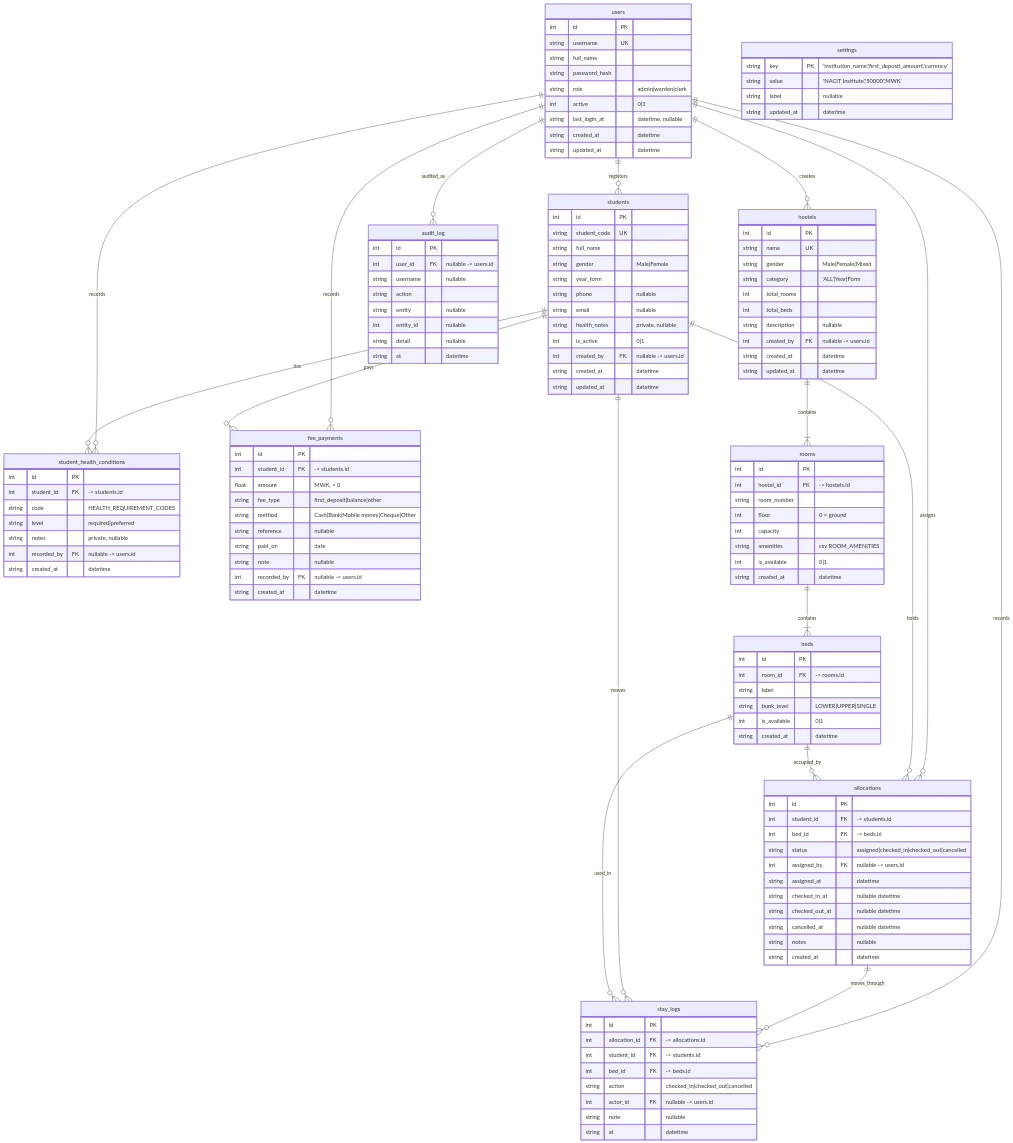
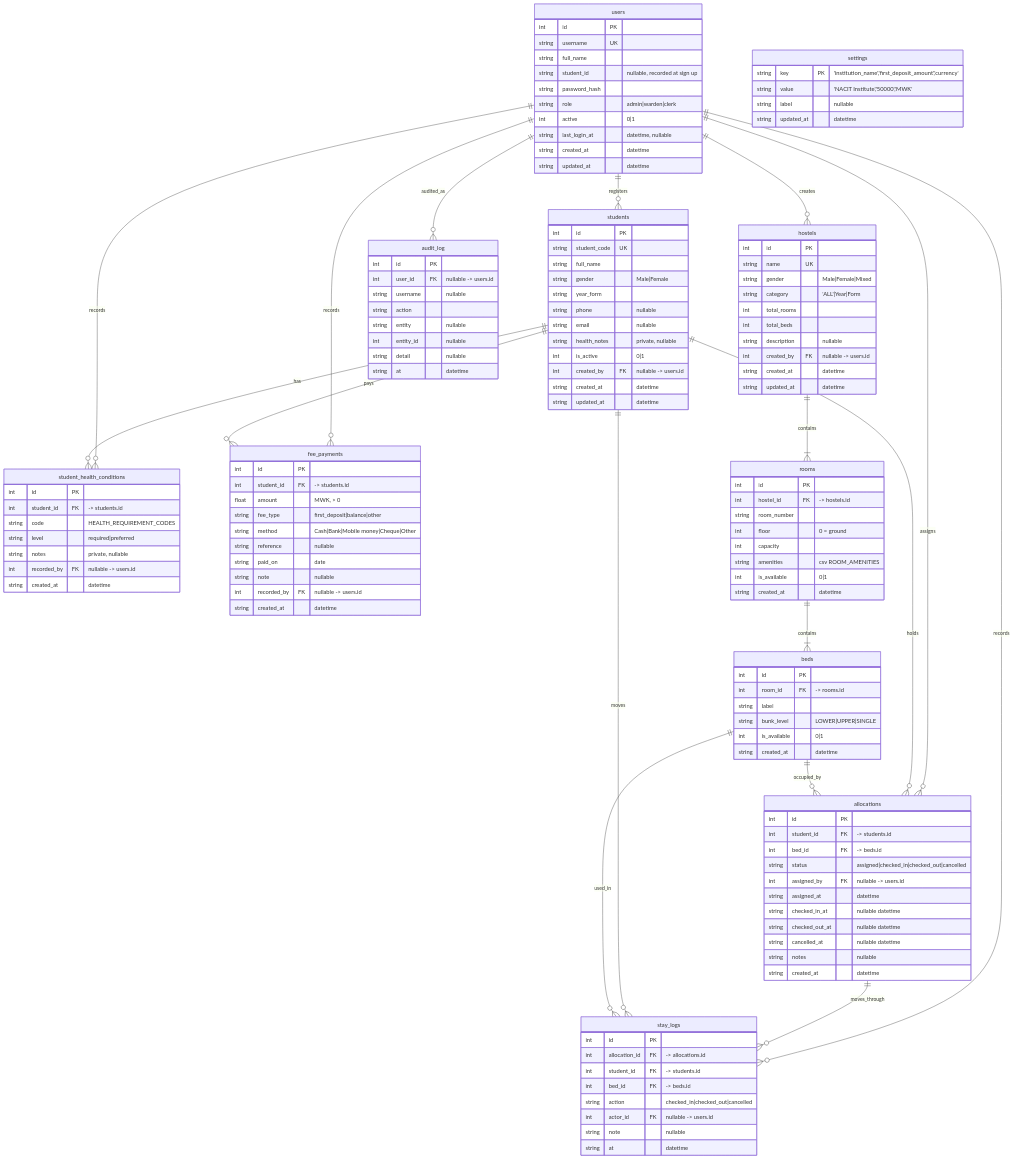
The first of 2 diagrams in README.md (NACIT-PC/hostel-management), drawn with Mermaid before and after one commit. The commit also changed other lines of this file and 2 other files, not shown here.

Commit message:
Update README with student ID details and add class and ER diagrams

```diff
--- a/README.md
+++ b/README.md
@@ -79,6 +79,7 @@
         int id PK
         string username UK
         string full_name
+        string student_id "nullable, recorded at sign up"
         string password_hash
         string role "admin|warden|clerk"
         int active "0|1"
```
